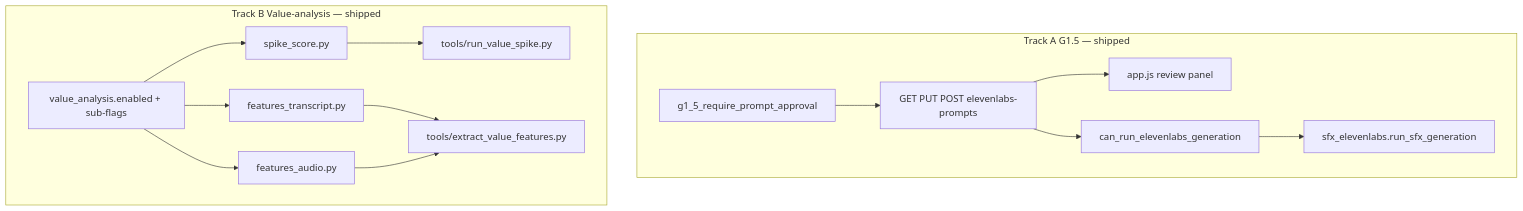
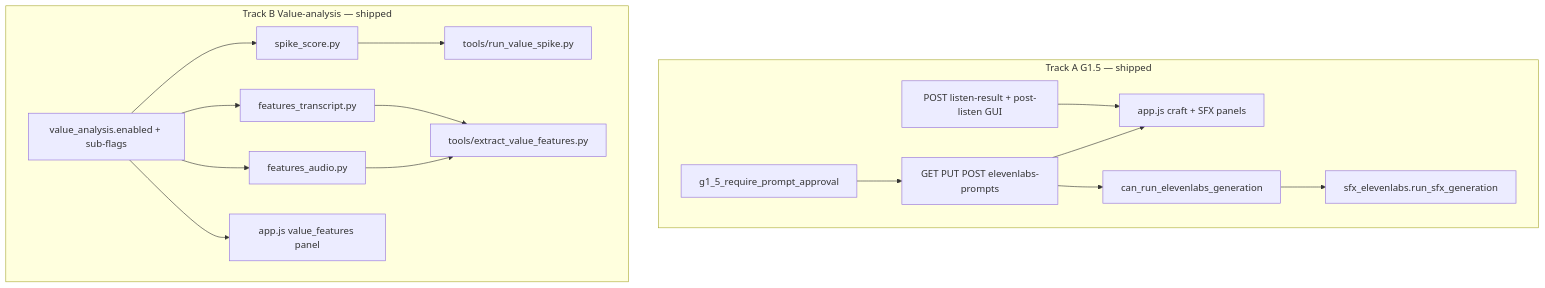
The diagram in docs/build-out/g15-and-value-analysis-execution.md (NicketUttarwar/interview_helper_mux), drawn with Mermaid before and after one commit. The commit also changed other lines of this file and 133 other files, not shown here.

````diff
--- a/docs/build-out/g15-and-value-analysis-execution.md
+++ b/docs/build-out/g15-and-value-analysis-execution.md
@@ -29,28 +28,32 @@
 ```mermaid
 flowchart TB
   subgraph g15 [Track A G1.5 — shipped]
     CFG1[g1_5_require_prompt_approval]
     API[GET PUT POST elevenlabs-prompts]
-    GUI[app.js review panel]
+    LISTEN[POST listen-result + post-listen GUI]
+    GUI[app.js craft + SFX panels]
     PREFLIGHT[can_run_elevenlabs_generation]
     SFX[sfx_elevenlabs.run_sfx_generation]
     CFG1 --> API
     API --> GUI
+    LISTEN --> GUI
     PREFLIGHT --> SFX
     API --> PREFLIGHT
   end
   subgraph va [Track B Value-analysis — shipped]
     CFG2[value_analysis.enabled + sub-flags]
     SPIKE[spike_score.py]
     TR[features_transcript.py]
     AU[features_audio.py]
     CLI1[tools/run_value_spike.py]
     CLI2[tools/extract_value_features.py]
+    PANEL[app.js value_features panel]
     CFG2 --> SPIKE
     CFG2 --> TR
     CFG2 --> AU
+    CFG2 --> PANEL
     SPIKE --> CLI1
     TR --> CLI2
     AU --> CLI2
   end
 ```
````
